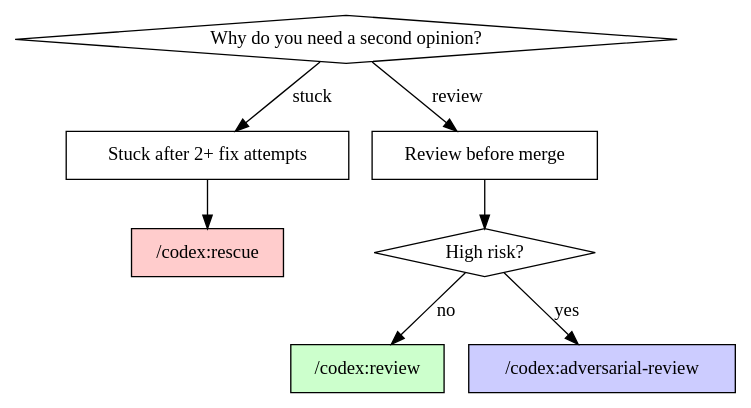
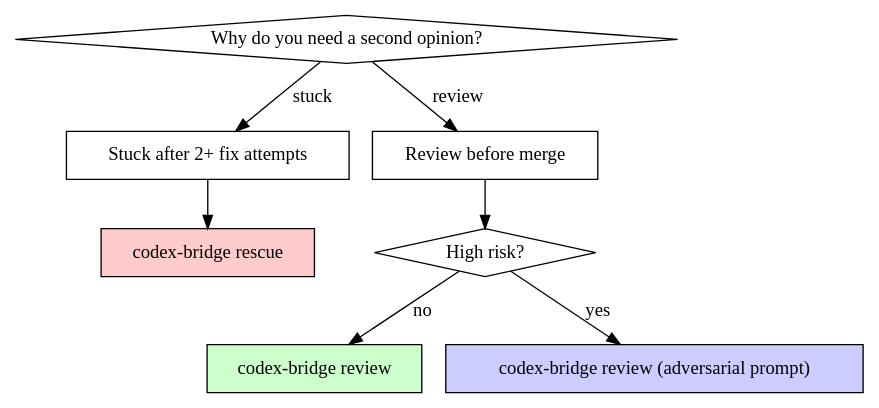
The diagram in skills/second-opinion/SKILL.md (sskys18/sspower), drawn with Graphviz before and after one commit. The commit also changed other lines of this file and 72 other files, not shown here.

````diff
--- a/skills/second-opinion/SKILL.md
+++ b/skills/second-opinion/SKILL.md
@@ -19,19 +19,19 @@
 ```dot
 digraph route {
     "Why do you need a second opinion?" [shape=diamond];
     "Stuck after 2+ fix attempts" [shape=box];
     "Review before merge" [shape=box];
     "High risk?" [shape=diamond];
 
-    "/codex:rescue" [shape=box, style=filled, fillcolor="#ffcccc"];
-    "/codex:review" [shape=box, style=filled, fillcolor="#ccffcc"];
-    "/codex:adversarial-review" [shape=box, style=filled, fillcolor="#ccccff"];
+    "codex-bridge rescue" [shape=box, style=filled, fillcolor="#ffcccc"];
+    "codex-bridge review" [shape=box, style=filled, fillcolor="#ccffcc"];
+    "codex-bridge review (adversarial prompt)" [shape=box, style=filled, fillcolor="#ccccff"];
 
     "Why do you need a second opinion?" -> "Stuck after 2+ fix attempts" [label="stuck"];
     "Why do you need a second opinion?" -> "Review before merge" [label="review"];
-    "Stuck after 2+ fix attempts" -> "/codex:rescue";
+    "Stuck after 2+ fix attempts" -> "codex-bridge rescue";
     "Review before merge" -> "High risk?";
-    "High risk?" -> "/codex:adversarial-review" [label="yes"];
-    "High risk?" -> "/codex:review" [label="no"];
+    "High risk?" -> "codex-bridge review (adversarial prompt)" [label="yes"];
+    "High risk?" -> "codex-bridge review" [label="no"];
 }
 ```
````
